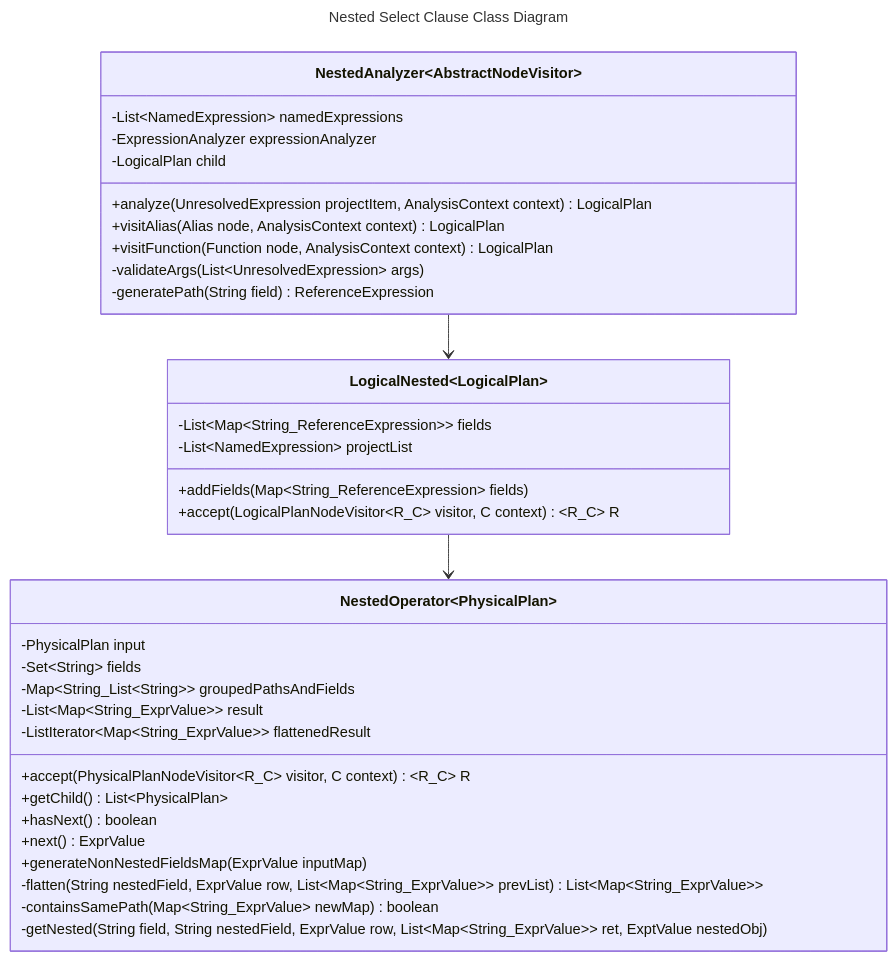
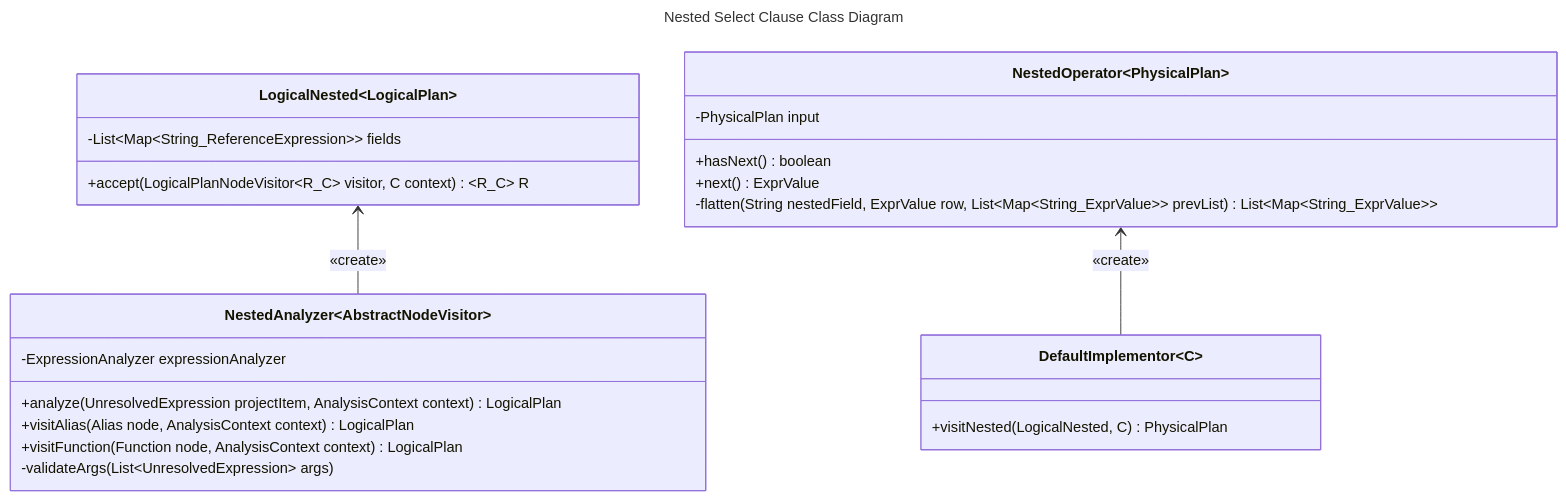
One commit to opensearch-project/sql changed the fourth of 4 diagrams in docs/dev/sql-nested-function-select-clause.md. Above: the diagram before and after it, drawn with Mermaid.

Commit message:
Cleaning up Class diagram.

````diff
--- a/docs/dev/sql-nested-function-select-clause.md
+++ b/docs/dev/sql-nested-function-select-clause.md
@@ -359,42 +359,35 @@
 ```mermaid
 ---
 title: Nested Select Clause Class Diagram
 ---
 classDiagram
+direction BT
 
-    NestedAnalyzer~AbstractNodeVisitor~-->LogicalNested~LogicalPlan~
-    LogicalNested-->NestedOperator~PhysicalPlan~
+    NestedAnalyzer~AbstractNodeVisitor~-->LogicalNested~LogicalPlan~ : «create»
+    DefaultImplementor~C~-->NestedOperator~PhysicalPlan~ : «create»
 
     class NestedAnalyzer{
-        -List~NamedExpression~ namedExpressions
         -ExpressionAnalyzer expressionAnalyzer
-        -LogicalPlan child
+    
         +analyze(UnresolvedExpression projectItem, AnalysisContext context) LogicalPlan
         +visitAlias(Alias node, AnalysisContext context) LogicalPlan
         +visitFunction(Function node, AnalysisContext context) LogicalPlan
         -validateArgs(List~UnresolvedExpression~ args)
-        -generatePath(String field) ReferenceExpression
     }
     class LogicalNested{
         -List~Map~String_ReferenceExpression~~ fields
-        -List~NamedExpression~ projectList
-        +addFields(Map~String_ReferenceExpression~ fields)
         +accept(LogicalPlanNodeVisitor~R_C~ visitor, C context) ~R_C~ R
     }
+    
+    class DefaultImplementor {
+        +visitNested(LogicalNested, C) PhysicalPlan
+    }
+
     class NestedOperator{
         -PhysicalPlan input
-        -Set~String~ fields
-        -Map~String_List~String~~ groupedPathsAndFields
-        -List~Map~String_ExprValue~~ result
-        -ListIterator~Map~String_ExprValue~~ flattenedResult
 
-        +accept(PhysicalPlanNodeVisitor~R_C~ visitor, C context) ~R_C~ R
-        +getChild() List~PhysicalPlan~
         +hasNext() boolean
         +next() ExprValue
-        +generateNonNestedFieldsMap(ExprValue inputMap)
         -flatten(String nestedField, ExprValue row, List~Map~String_ExprValue~~ prevList) List~Map~String_ExprValue~~
-        -containsSamePath(Map~String_ExprValue~ newMap) boolean
-        -getNested(String field, String nestedField, ExprValue row, List~Map~String_ExprValue~~ ret, ExptValue nestedObj)
     }
 ```
````
